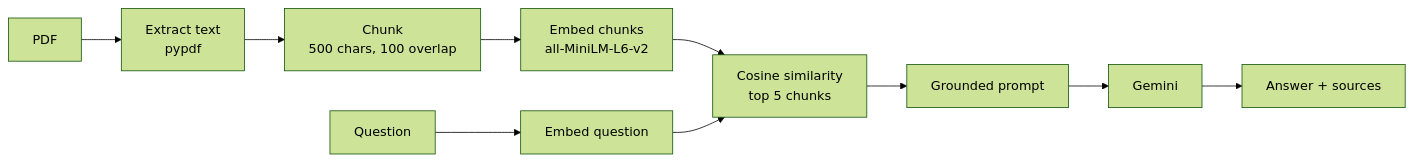
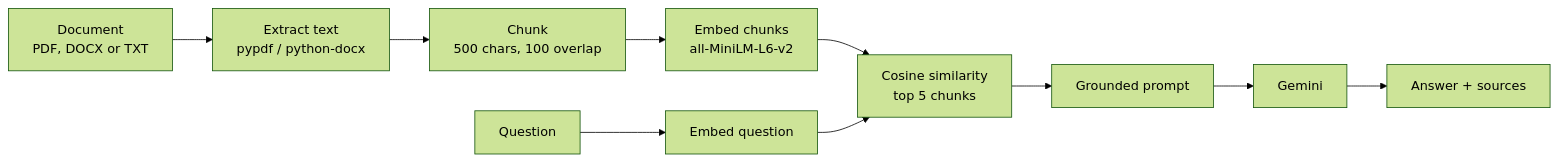
The diagram in README.md (koolkeyzs/Ai-research-assistant), drawn with Mermaid (forest theme) before and after one commit. The commit also changed other lines of this file and 3 other files, not shown here.

Commit message:
Support DOCX and TXT, add Gemini retry, update README

````diff
--- a/README.md
+++ b/README.md
@@ -25,12 +25,12 @@
 ```mermaid
 flowchart LR
-    A[PDF] --> B[Extract text<br/>pypdf]
+    A[Document<br/>PDF, DOCX or TXT] --> B[Extract text<br/>pypdf / python-docx]
     B --> C[Chunk<br/>500 chars, 100 overlap]
     C --> D[Embed chunks<br/>all-MiniLM-L6-v2]
     Q[Question] --> E[Embed question]
     D --> F[Cosine similarity<br/>top 5 chunks]
     E --> F
     F --> G[Grounded prompt]
     G --> H[Gemini]
     H --> I[Answer + sources]
 ```
````
